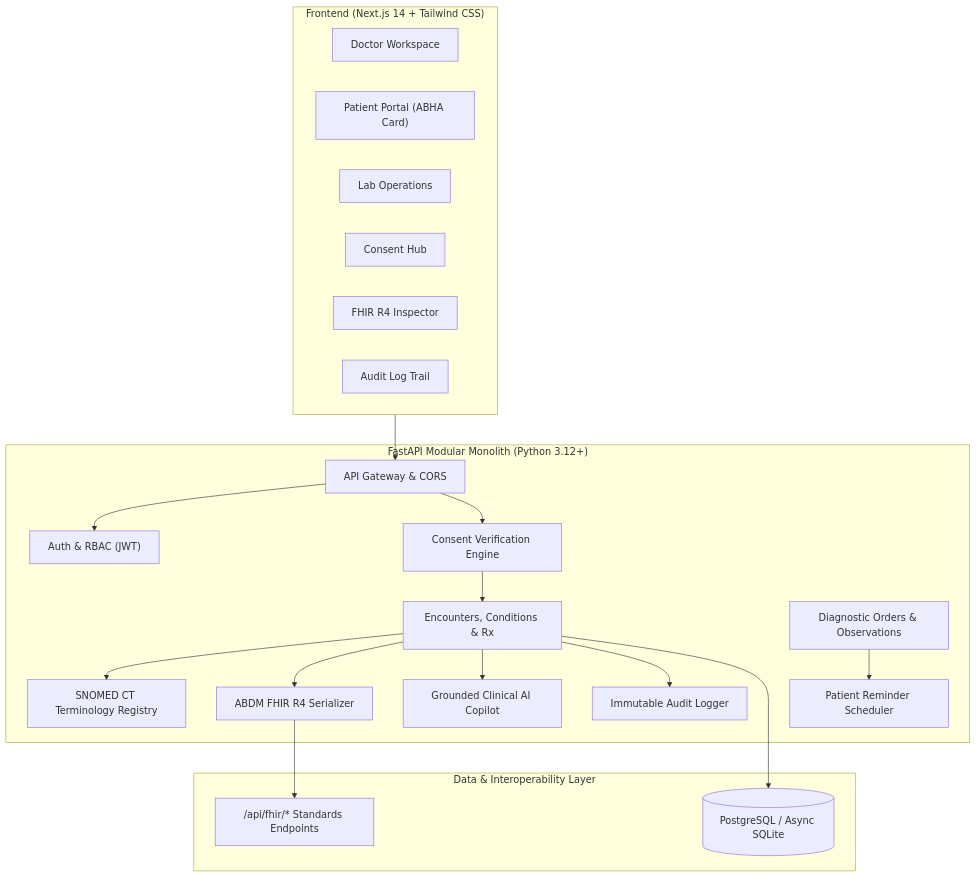
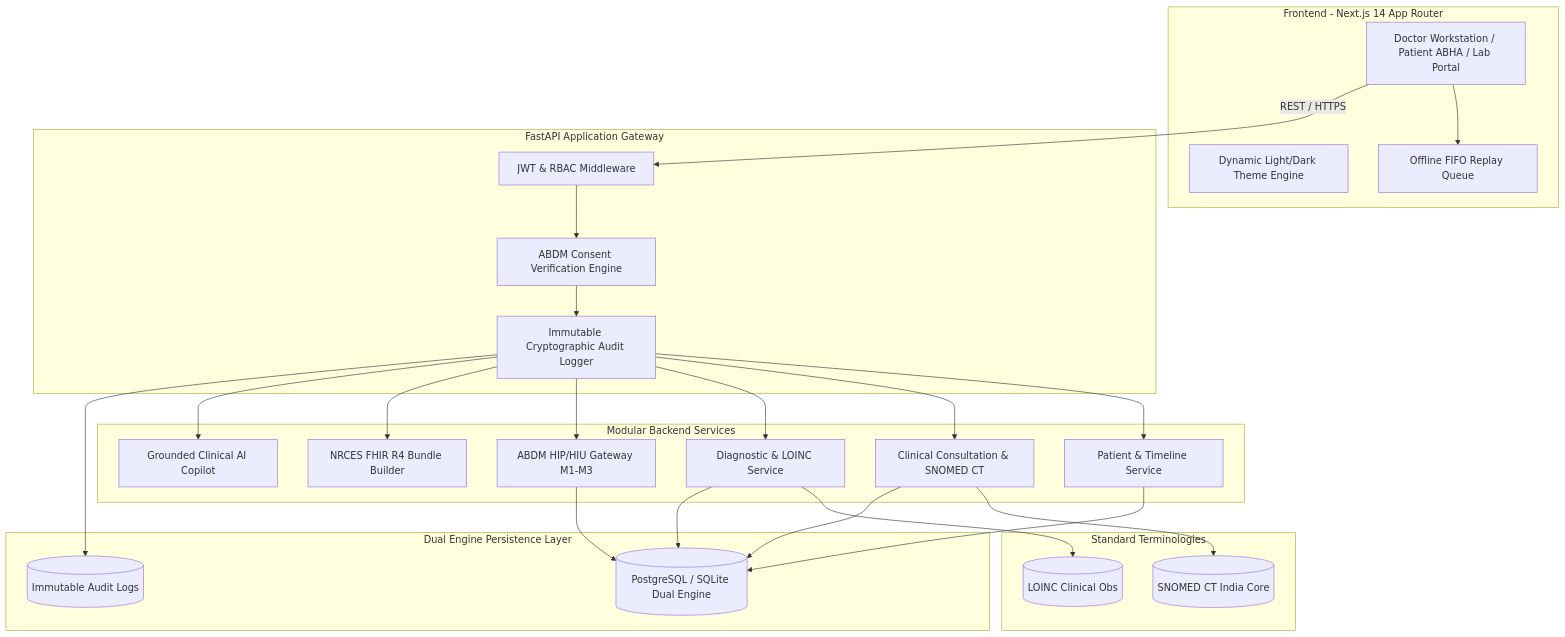
The diagram in README.md (yashpreeto7/swasthya-bharat-ehr), drawn with Mermaid before and after one commit. The commit also changed other lines of this file and 43 other files, not shown here.

Commit message:
feat: Swasthya Bharat EHR - Production-Grade National Healthcare Architecture (ABDM M1-M3, FHIR R4, SNOMED CT, Grounded AI, Rural PHC Sync)

````diff
--- a/README.md
+++ b/README.md
@@ -16,41 +127,43 @@
 ```mermaid
-graph TD
-    subgraph Frontend ["Frontend (Next.js 14 + Tailwind CSS)"]
-        UI_Doctor["Doctor Workspace"]
-        UI_Patient["Patient Portal (ABHA Card)"]
-        UI_Lab["Lab Operations"]
-        UI_Consent["Consent Hub"]
-        UI_FHIR["FHIR R4 Inspector"]
-        UI_Audit["Audit Log Trail"]
+graph TB
+    subgraph Client Layer [Frontend - Next.js 14 App Router]
+        UI[Doctor Workstation / Patient ABHA / Lab Portal]
+        Theme[Dynamic Light/Dark Theme Engine]
+        OfflineQueue[Offline FIFO Replay Queue]
+        UI --> OfflineQueue
     end
 
-    subgraph Backend ["FastAPI Modular Monolith (Python 3.12+)"]
-        API_Gateway["API Gateway & CORS"]
-        Auth_Module["Auth & RBAC (JWT)"]
-        Consent_Engine["Consent Verification Engine"]
-        Clinical_Core["Encounters, Conditions & Rx"]
-        Lab_Module["Diagnostic Orders & Observations"]
-        FHIR_Adapter["ABDM FHIR R4 Serializer"]
-        SNOMED_Service["SNOMED CT Terminology Registry"]
-        AI_Copilot["Grounded Clinical AI Copilot"]
-        Reminder_Service["Patient Reminder Scheduler"]
-        Audit_Logger["Immutable Audit Logger"]
+    subgraph Gateway Layer [FastAPI Application Gateway]
+        Auth[JWT & RBAC Middleware]
+        ConsentEngine[ABDM Consent Verification Engine]
+        AuditMiddleware[Immutable Cryptographic Audit Logger]
+        Auth --> ConsentEngine
+        ConsentEngine --> AuditMiddleware
     end
 
-    subgraph Persistence ["Data & Interoperability Layer"]
-        PG_DB[(PostgreSQL / Async SQLite)]
-        FHIR_API["/api/fhir/* Standards Endpoints"]
+    subgraph Core Domain Services [Modular Backend Services]
+        PatientSvc[Patient & Timeline Service]
+        EncounterSvc[Clinical Consultation & SNOMED CT]
+        LabSvc[Diagnostic & LOINC Service]
+        AbdmSvc[ABDM HIP/HIU Gateway M1-M3]
+        FhirSvc[NRCES FHIR R4 Bundle Builder]
+        AiSvc[Grounded Clinical AI Copilot]
     end
 
-    Frontend --> API_Gateway
-    API_Gateway --> Auth_Module
-    API_Gateway --> Consent_Engine
-    Consent_Engine --> Clinical_Core
-    Clinical_Core --> SNOMED_Service
-    Clinical_Core --> FHIR_Adapter
-    Lab_Module --> Reminder_Service
-    Clinical_Core --> AI_Copilot
-    Clinical_Core --> Audit_Logger
-    Clinical_Core --> PG_DB
-    FHIR_Adapter --> FHIR_API
+    subgraph Terminology & Term Servers [Standard Terminologies]
+        SNOMED[(SNOMED CT India Core)]
+        LOINC[(LOINC Clinical Obs)]
+    end
+
+    subgraph Data Persistence [Dual Engine Persistence Layer]
+        SQL[(PostgreSQL / SQLite Dual Engine)]
+        AuditStore[(Immutable Audit Logs)]
+    end
+
+    UI -->|REST / HTTPS| Auth
+    AuditMiddleware --> PatientSvc & EncounterSvc & LabSvc & AbdmSvc & FhirSvc & AiSvc
+    EncounterSvc --> SNOMED
+    LabSvc --> LOINC
+    PatientSvc & EncounterSvc & LabSvc & AbdmSvc --> SQL
+    AuditMiddleware --> AuditStore
 ```
````
